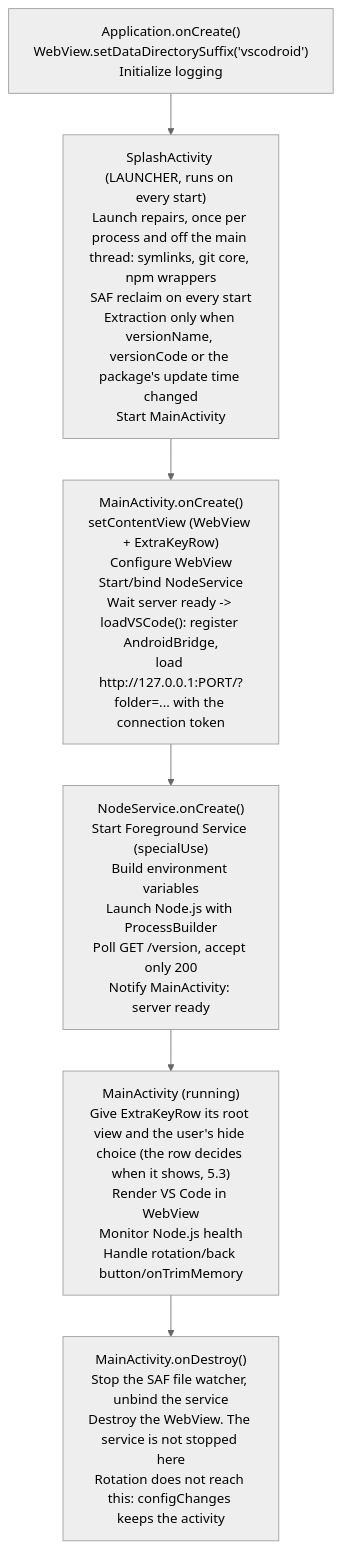
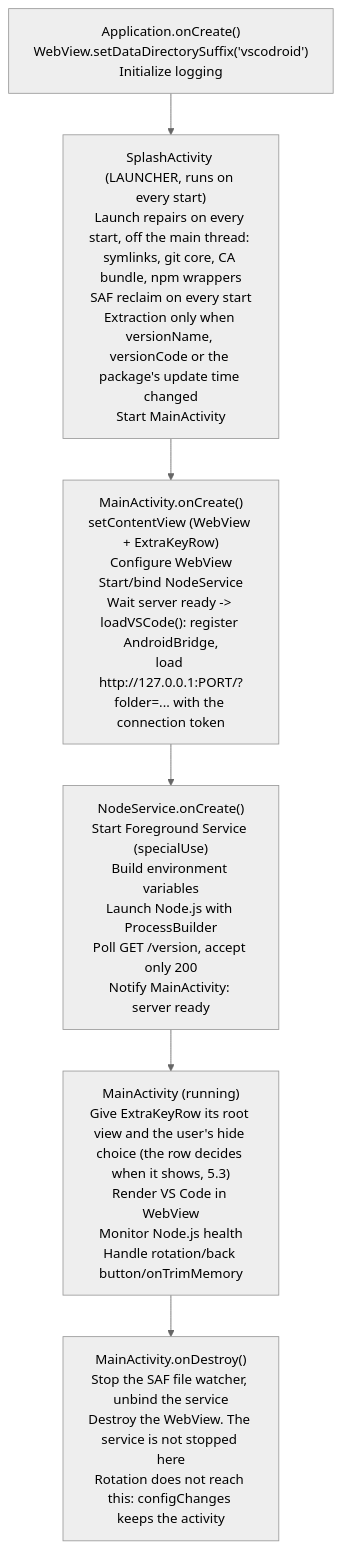
One commit to rmyndharis/VSCodroid changed the third of 5 diagrams in docs/04-TECHNICAL_SPEC.md. Above: the diagram before and after it, drawn with Mermaid (neutral theme). The commit also changed 7 other files, not shown here.

First line of the commit message:
fix: repair on every launch, off the main thread (#658)

````diff
--- a/docs/04-TECHNICAL_SPEC.md
+++ b/docs/04-TECHNICAL_SPEC.md
@@ -361,8 +361,8 @@
 ```mermaid
 flowchart TD
-  A["Application.onCreate()<br/>WebView.setDataDirectorySuffix('vscodroid')<br/>Initialize logging"] --> B["SplashActivity (LAUNCHER, runs on every start)<br/>Launch repairs, once per process and off the main thread: symlinks, git core, npm wrappers<br/>SAF reclaim on every start<br/>Extraction only when versionName, versionCode or the package's update time changed<br/>Start MainActivity"]
+  A["Application.onCreate()<br/>WebView.setDataDirectorySuffix('vscodroid')<br/>Initialize logging"] --> B["SplashActivity (LAUNCHER, runs on every start)<br/>Launch repairs on every start, off the main thread: symlinks, git core, CA bundle, npm wrappers<br/>SAF reclaim on every start<br/>Extraction only when versionName, versionCode or the package's update time changed<br/>Start MainActivity"]
   B --> C["MainActivity.onCreate()<br/>setContentView (WebView + ExtraKeyRow)<br/>Configure WebView<br/>Start/bind NodeService<br/>Wait server ready -> loadVSCode(): register AndroidBridge,<br/>load http://127.0.0.1:PORT/?folder=... with the connection token"]
   C --> D["NodeService.onCreate()<br/>Start Foreground Service (specialUse)<br/>Build environment variables<br/>Launch Node.js with ProcessBuilder<br/>Poll GET /version, accept only 200<br/>Notify MainActivity: server ready"]
   D --> E["MainActivity (running)<br/>Give ExtraKeyRow its root view and the user's hide choice (the row decides when it shows, 5.3)<br/>Render VS Code in WebView<br/>Monitor Node.js health<br/>Handle rotation/back button/onTrimMemory"]
   E --> F["MainActivity.onDestroy()<br/>Stop the SAF file watcher, unbind the service<br/>Destroy the WebView. The service is not stopped here<br/>Rotation does not reach this: configChanges keeps the activity"]
 ```
````
